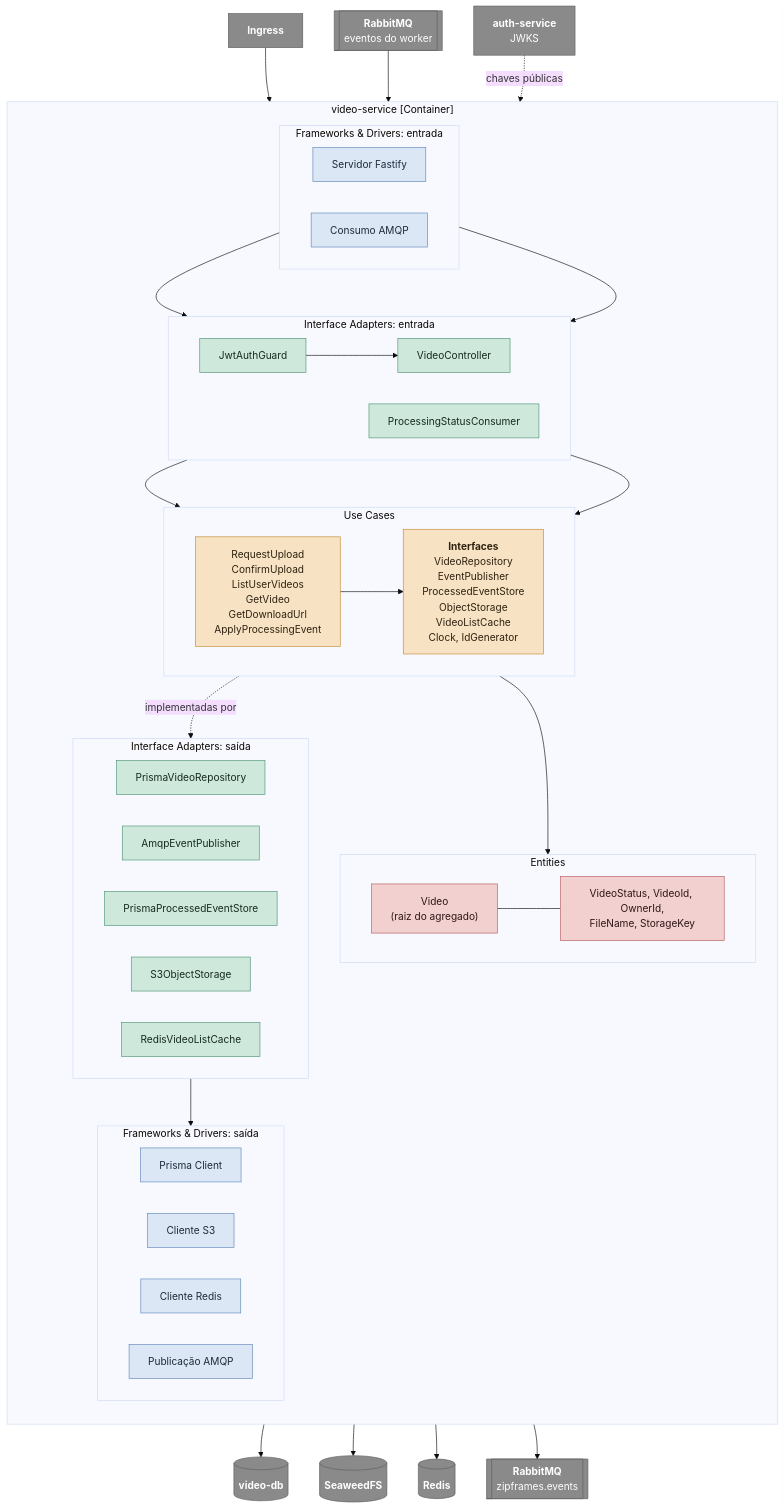
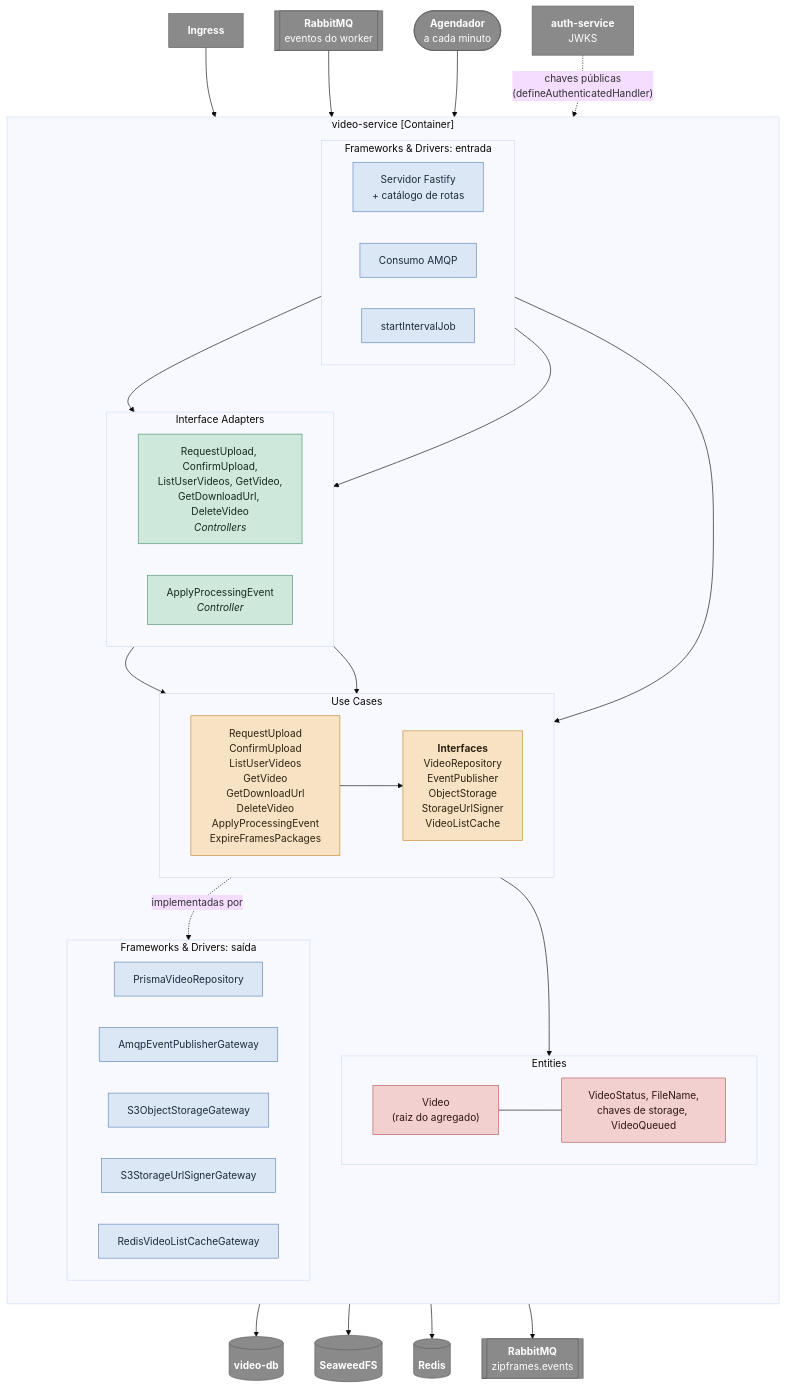
Before and after one commit to knzt/zipframes: the diagram in docs/domain/c4/03-componentes-video-service.md, drawn with Mermaid (base theme). The commit also changed other lines of this file and 8 other files, not shown here.

First line of the commit message:
docs: describe the video-service across the repo-wide docs

````diff
--- a/docs/domain/c4/03-componentes-video-service.md
+++ b/docs/domain/c4/03-componentes-video-service.md
@@ -7,50 +7,43 @@
   ingress["<b>Ingress</b>"]
   authsvc["<b>auth-service</b><br/>JWKS"]
   brokerin[["<b>RabbitMQ</b><br/>eventos do worker"]]
+  timer(["<b>Agendador</b><br/>a cada minuto"])
 
   subgraph vs["video-service [Container]"]
     direction TB
 
     subgraph fwin["Frameworks & Drivers: entrada"]
       direction LR
-      fastify["Servidor Fastify"]
+      fastify["Servidor Fastify<br/>+ catálogo de rotas"]
       amqpin["Consumo AMQP"]
+      interval["startIntervalJob"]
     end
 
-    subgraph adin["Interface Adapters: entrada"]
+    subgraph adin["Interface Adapters"]
       direction LR
-      guard["JwtAuthGuard"]
-      ctrl["VideoController"]
-      consumer["ProcessingStatusConsumer"]
+      ctrl["RequestUpload, ConfirmUpload,<br/>ListUserVideos, GetVideo,<br/>GetDownloadUrl, DeleteVideo<br/><i>Controllers</i>"]
+      consumer["ApplyProcessingEvent<br/><i>Controller</i>"]
     end
 
     subgraph app["Use Cases"]
       direction LR
-      uc["RequestUpload<br/>ConfirmUpload<br/>ListUserVideos<br/>GetVideo<br/>GetDownloadUrl<br/>ApplyProcessingEvent"]
-      interfaces["<b>Interfaces</b><br/>VideoRepository<br/>EventPublisher<br/>ProcessedEventStore<br/>ObjectStorage<br/>VideoListCache<br/>Clock, IdGenerator"]
+      uc["RequestUpload<br/>ConfirmUpload<br/>ListUserVideos<br/>GetVideo<br/>GetDownloadUrl<br/>DeleteVideo<br/>ApplyProcessingEvent<br/>ExpireFramesPackages"]
+      interfaces["<b>Interfaces</b><br/>VideoRepository<br/>EventPublisher<br/>ObjectStorage<br/>StorageUrlSigner<br/>VideoListCache"]
     end
 
     subgraph dom["Entities"]
       direction LR
       video["Video<br/>(raiz do agregado)"]
-      vos["VideoStatus, VideoId, OwnerId,<br/>FileName, StorageKey"]
-    end
-
-    subgraph adout["Interface Adapters: saída"]
-      direction LR
-      repo["PrismaVideoRepository"]
-      events["AmqpEventPublisher"]
-      inbox["PrismaProcessedEventStore"]
-      objstore["S3ObjectStorage"]
-      listcache["RedisVideoListCache"]
+      vos["VideoStatus, FileName,<br/>chaves de storage, VideoQueued"]
     end
 
     subgraph fwout["Frameworks & Drivers: saída"]
       direction LR
-      prismaclient["Prisma Client"]
-      s3client["Cliente S3"]
-      redisclient["Cliente Redis"]
-      amqpout["Publicação AMQP"]
+      repo["PrismaVideoRepository"]
+      events["AmqpEventPublisherGateway"]
+      objstore["S3ObjectStorageGateway"]
+      signer["S3StorageUrlSignerGateway"]
+      listcache["RedisVideoListCacheGateway"]
     end
   end
 
@@ -61,30 +54,30 @@
 
   ingress --> fastify
   brokerin --> amqpin
-  fastify --> guard
-  authsvc -. "chaves públicas" .-> guard
-  guard --> ctrl
+  timer --> interval
+  fastify --> ctrl
+  authsvc -. "chaves públicas<br/>(defineAuthenticatedHandler)" .-> ctrl
   amqpin --> consumer
+  interval --> uc
   ctrl --> uc
   consumer --> uc
   uc --> video
   video --- vos
   uc --> interfaces
-  interfaces -. "implementadas por" .-> adout
-  adout --> fwout
-  prismaclient --> db
-  s3client --> storage
-  redisclient --> cache
-  amqpout --> brokerout
+  interfaces -. "implementadas por" .-> fwout
+  repo --> db
+  objstore --> storage
+  listcache --> cache
+  events --> brokerout
 
   classDef ext fill:#8a8a8a,stroke:#5e5e5e,color:#ffffff
   classDef fwc fill:#dbe7f5,stroke:#5f86b8,color:#1b2a3a
   classDef adc fill:#cfe8dc,stroke:#4e9373,color:#15291f
   classDef appc fill:#f7e3c4,stroke:#c28a2e,color:#2e2210
   classDef domc fill:#f3d0d0,stroke:#b35c5c,color:#2e1515
-  class ingress,authsvc,brokerin,db,storage,cache,brokerout ext
-  class fastify,amqpin,prismaclient,s3client,redisclient,amqpout fwc
-  class guard,ctrl,consumer,repo,events,inbox,objstore,listcache adc
+  class ingress,authsvc,brokerin,timer,db,storage,cache,brokerout ext
+  class fastify,amqpin,interval,repo,events,objstore,signer,listcache fwc
+  class ctrl,consumer adc
   class uc,interfaces appc
   class video,vos domc
 ```
````
